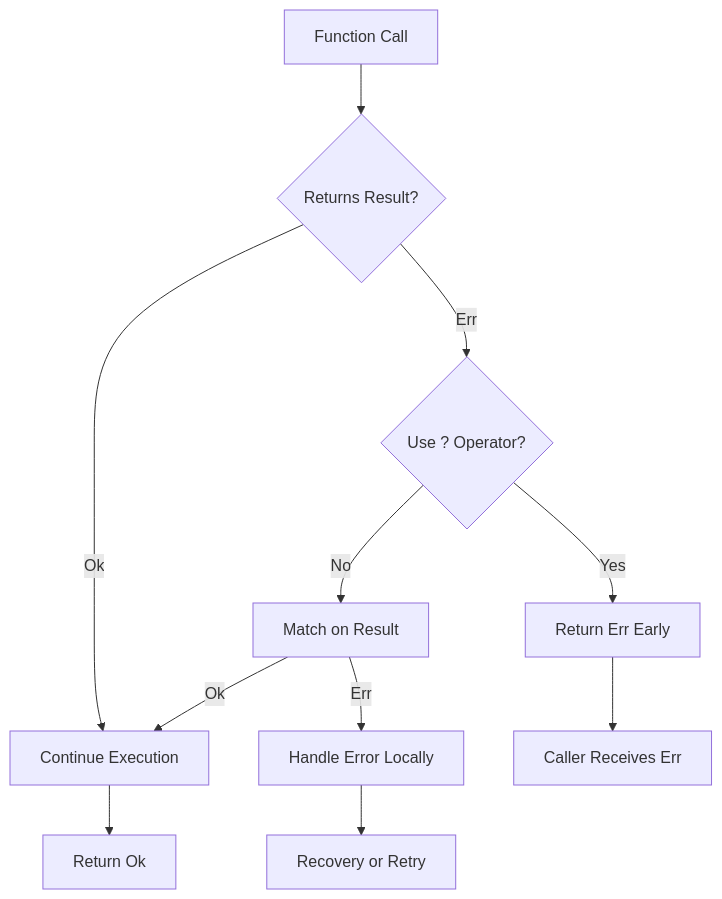
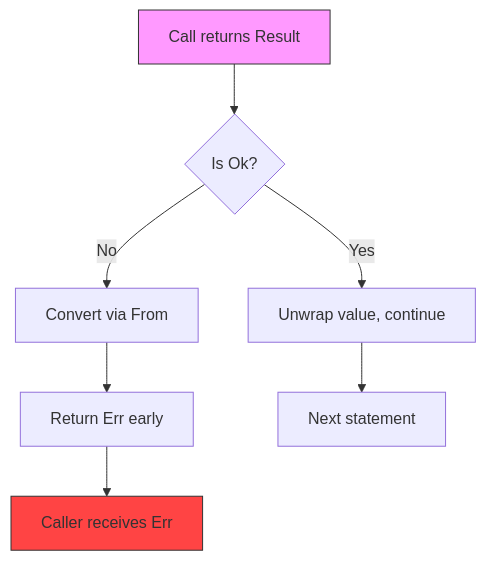
One commit to Leito2/Learning changed the second of 4 diagrams in Software Engineering/02 - Rust Engineering/01 - Rust Fundamentals/04 - Error Handling and Pattern Matching.md. Above: the diagram before and after it, drawn with Mermaid. The commit also changed other lines of this file and 41 other files, not shown here.

````diff
--- a/Software Engineering/02 - Rust Engineering/01 - Rust Fundamentals/04 - Error Handling and Pattern Matching.md
+++ b/Software Engineering/02 - Rust Engineering/01 - Rust Fundamentals/04 - Error Handling and Pattern Matching.md
@@ -144,13 +195,11 @@
 ```mermaid
 flowchart TD
-    A[Function Call] --> B{Returns Result?}
-    B -->|Ok| C[Continue Execution]
-    B -->|Err| D{Use ? Operator?}
-    D -->|Yes| E[Return Err Early]
-    D -->|No| F[Match on Result]
-    F -->|Ok| C
-    F -->|Err| G[Handle Error Locally]
-    E --> H[Caller Receives Err]
-    G --> I[Recovery or Retry]
-    C --> J[Return Ok]
+    A[Call returns Result] --> B{Is Ok?}
+    B -->|Yes| C[Unwrap value, continue]
+    B -->|No| D[Convert via From]
+    D --> E[Return Err early]
+    C --> F[Next statement]
+    E --> G[Caller receives Err]
+    style A fill:#f9f,stroke:#333
+    style G fill:#f44,stroke:#333
 ```
````
